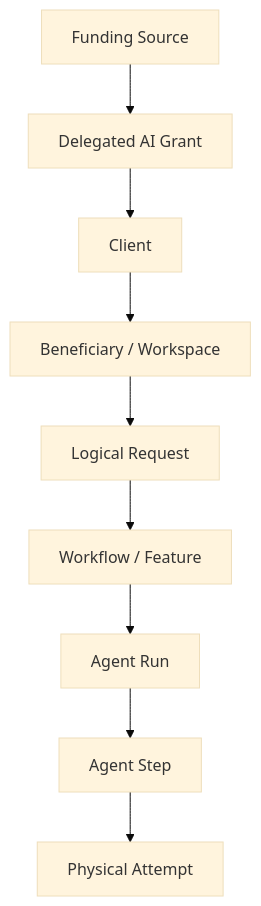
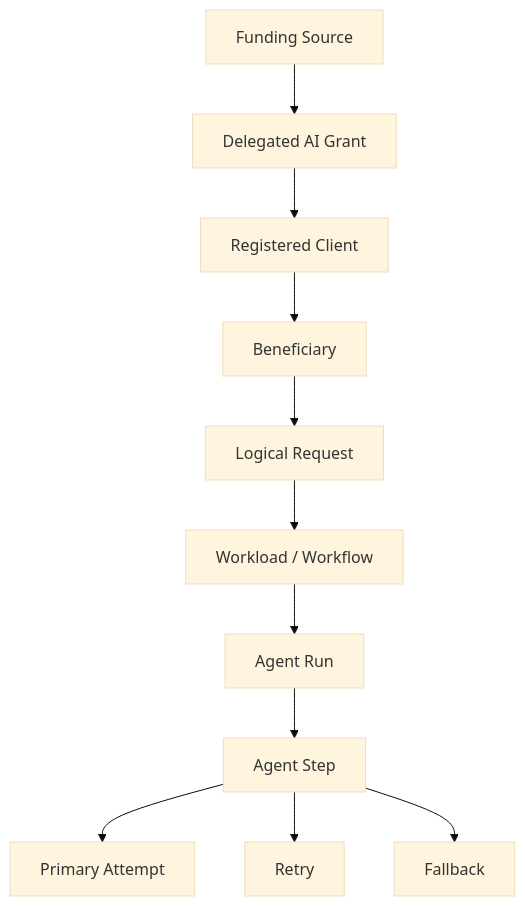
Before and after one commit to MJohnstonAI/ai-billing-delegation: the third of 11 diagrams in FLOWS.md, drawn with Mermaid (base theme). The commit also changed other lines of this file, not shown here.

Commit message:
docs: add ABDS v0.6 evidence and reconciliation flows

````diff
--- a/FLOWS.md
+++ b/FLOWS.md
@@ -51,11 +54,13 @@
 ```mermaid
 flowchart TD
     FS[Funding Source] --> DG[Delegated AI Grant]
-    DG --> C[Client]
-    C --> B[Beneficiary / Workspace]
+    DG --> C[Registered Client]
+    C --> B[Beneficiary]
     B --> R[Logical Request]
-    R --> WF[Workflow / Feature]
-    WF --> AR[Agent Run]
+    R --> W[Workload / Workflow]
+    W --> AR[Agent Run]
     AR --> AS[Agent Step]
-    AS --> A1[Physical Attempt]
+    AS --> A1[Primary Attempt]
+    AS --> A2[Retry]
+    AS --> A3[Fallback]
 ```
````
